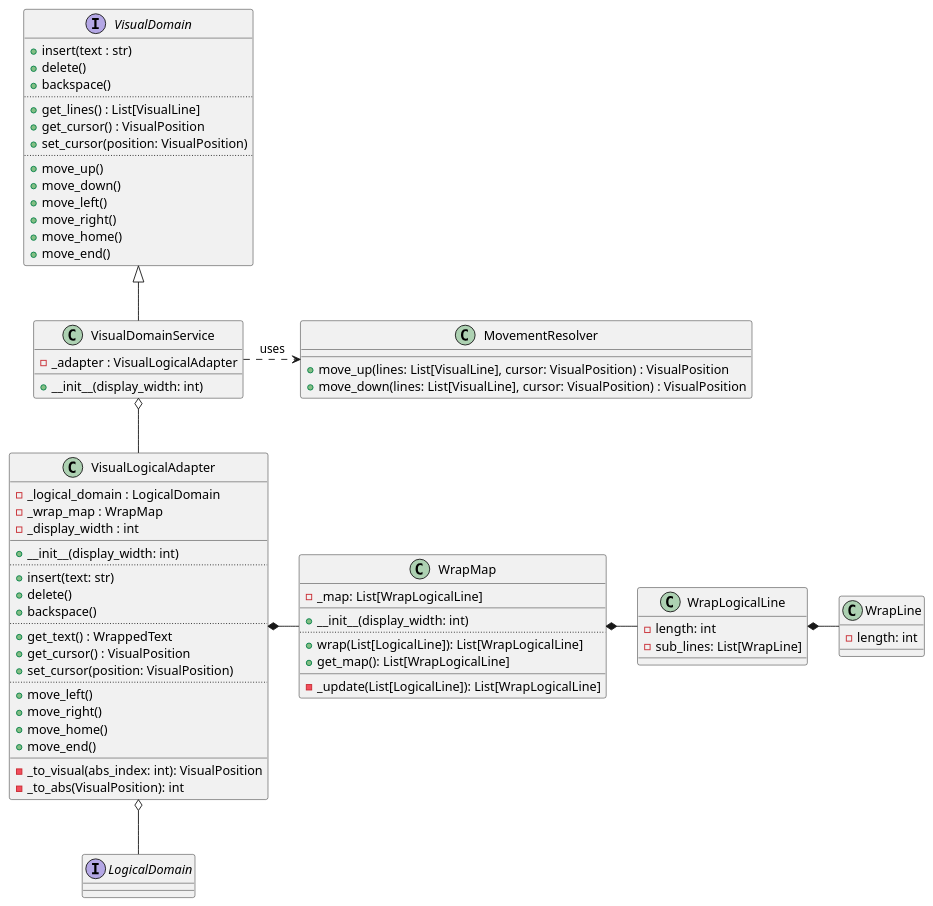
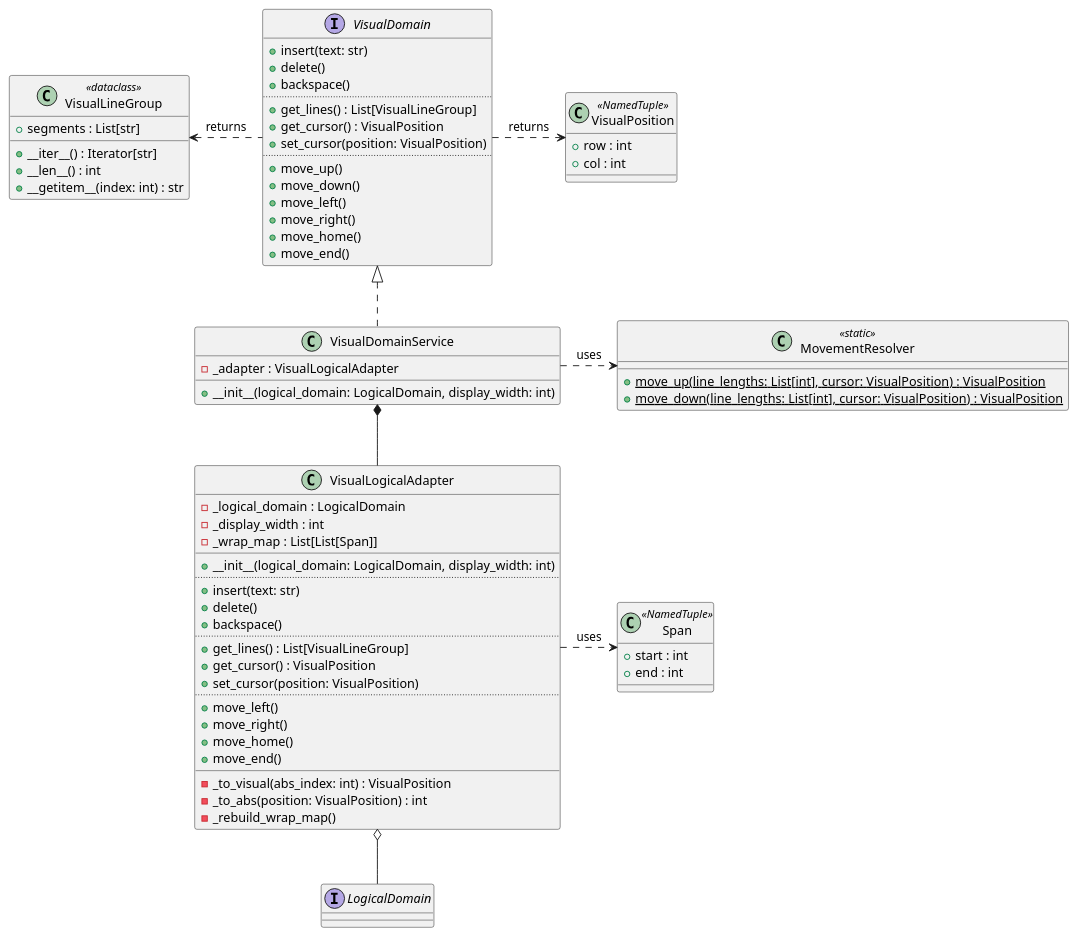
One commit to JoeRittiner/TextEngine changed the diagram in docs/source/specs/architecture/diagrams/class-visual_domain.puml. Above: the diagram before and after it, drawn with PlantUML. The commit also changed 3 other files, not shown here.

Commit message:
doc: Polish class diagrams

```diff
--- a/docs/source/specs/architecture/diagrams/class-visual_domain.puml
+++ b/docs/source/specs/architecture/diagrams/class-visual_domain.puml
@@ -1,91 +1,91 @@
 @startuml
 
 interface LogicalDomain
 
 interface VisualDomain {
-    +insert(text : str)
+    +insert(text: str)
     +delete()
     +backspace()
     ..
-    +get_lines() : List[VisualLine]
+    +get_lines() : List[VisualLineGroup]
     +get_cursor() : VisualPosition
     +set_cursor(position: VisualPosition)
     ..
     +move_up()
     +move_down()
     +move_left()
     +move_right()
     +move_home()
     +move_end()
 }
 
 class VisualDomainService {
     -_adapter : VisualLogicalAdapter
     __
-    +__init__(display_width: int)
+    +__init__(logical_domain: LogicalDomain, display_width: int)
 }
 
-class MovementResolver {
-   +move_up(lines: List[VisualLine], cursor: VisualPosition) : VisualPosition
-   +move_down(lines: List[VisualLine], cursor: VisualPosition) : VisualPosition
+class MovementResolver <<static>>{
+    {static} +move_up(line_lengths: List[int], cursor: VisualPosition) : VisualPosition
+    {static} +move_down(line_lengths: List[int], cursor: VisualPosition) : VisualPosition
 }
 
 class VisualLogicalAdapter {
     -_logical_domain : LogicalDomain
-    -_wrap_map : WrapMap
     -_display_width : int
+    -_wrap_map : List[List[Span]]
     __
-    +__init__(display_width: int)
+    +__init__(logical_domain: LogicalDomain, display_width: int)
     ..
     +insert(text: str)
     +delete()
     +backspace()
     ..
-    +get_text() : WrappedText
+    +get_lines() : List[VisualLineGroup]
     +get_cursor() : VisualPosition
     +set_cursor(position: VisualPosition)
     ..
     +move_left()
     +move_right()
     +move_home()
     +move_end()
     __
-    -_to_visual(abs_index: int): VisualPosition
-    -_to_abs(VisualPosition): int
+    -_to_visual(abs_index: int) : VisualPosition
+    -_to_abs(position: VisualPosition) : int
+    -_rebuild_wrap_map()
 }
 
-class WrapMap {
-    -_map: List[WrapLogicalLine]
+class VisualLineGroup <<dataclass>> {
+    +segments : List[str]
     __
-    +__init__(display_width: int)
-    ..
-    +wrap(List[LogicalLine]): List[WrapLogicalLine]
-    +get_map(): List[WrapLogicalLine]
-    __
-    -_update(List[LogicalLine]): List[WrapLogicalLine]
+    +__iter__() : Iterator[str]
+    +__len__() : int
+    +__getitem__(index: int) : str
 }
 
-class WrapLogicalLine {
-    -length: int
-    -sub_lines: List[WrapLine]
+class VisualPosition <<NamedTuple>> {
+    +row : int
+    +col : int
 }
 
-class WrapLine {
-    -length: int
+class Span <<NamedTuple>> {
+    +start : int
+    +end : int
 }
 
 ' ----
 
-VisualDomain <|-- VisualDomainService
+VisualDomain <|.down. VisualDomainService
 
-VisualDomainService o-- VisualLogicalAdapter
-
-VisualDomainService .> MovementResolver : uses
+VisualDomainService *-down- VisualLogicalAdapter
+VisualDomainService .right.> MovementResolver : uses
 
 VisualLogicalAdapter o-- LogicalDomain
+VisualLogicalAdapter .right.> Span : uses
 
-VisualLogicalAdapter *- WrapMap
-WrapMap *- WrapLogicalLine
-WrapLogicalLine *- WrapLine
+' ----
+
+VisualDomain .right.> VisualPosition : returns
+VisualDomain .left.> VisualLineGroup : returns
 
 @enduml
```
